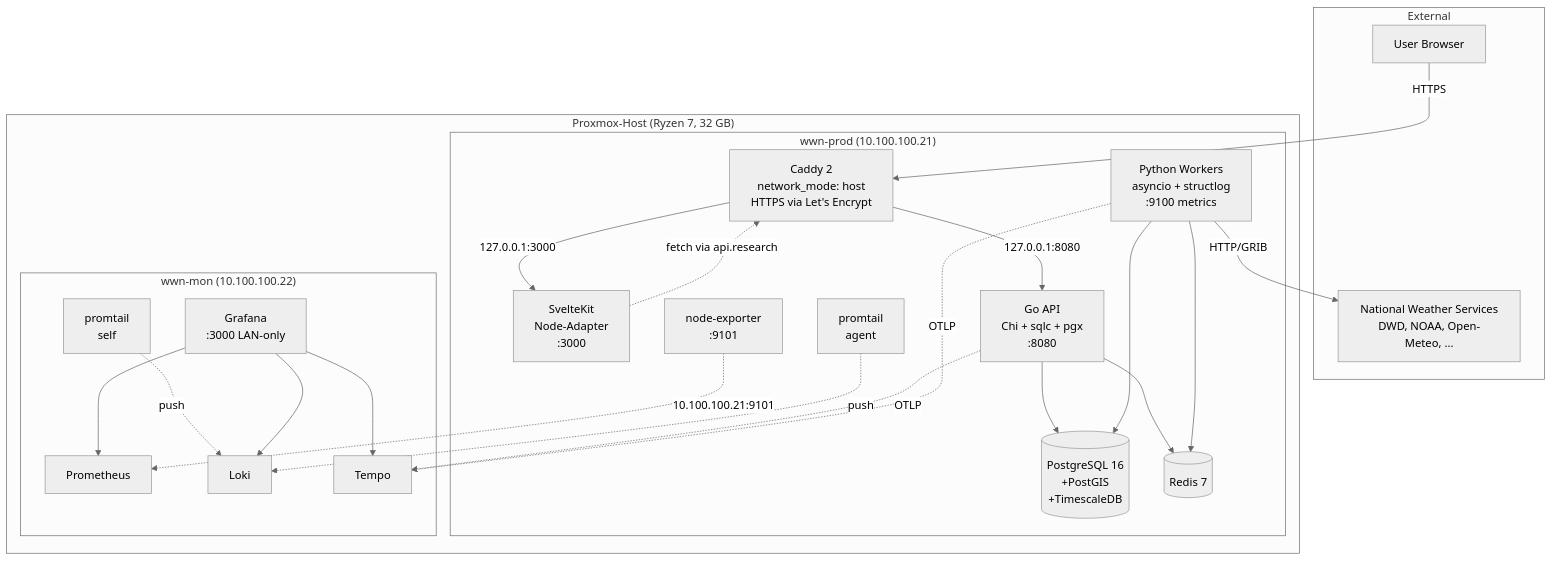
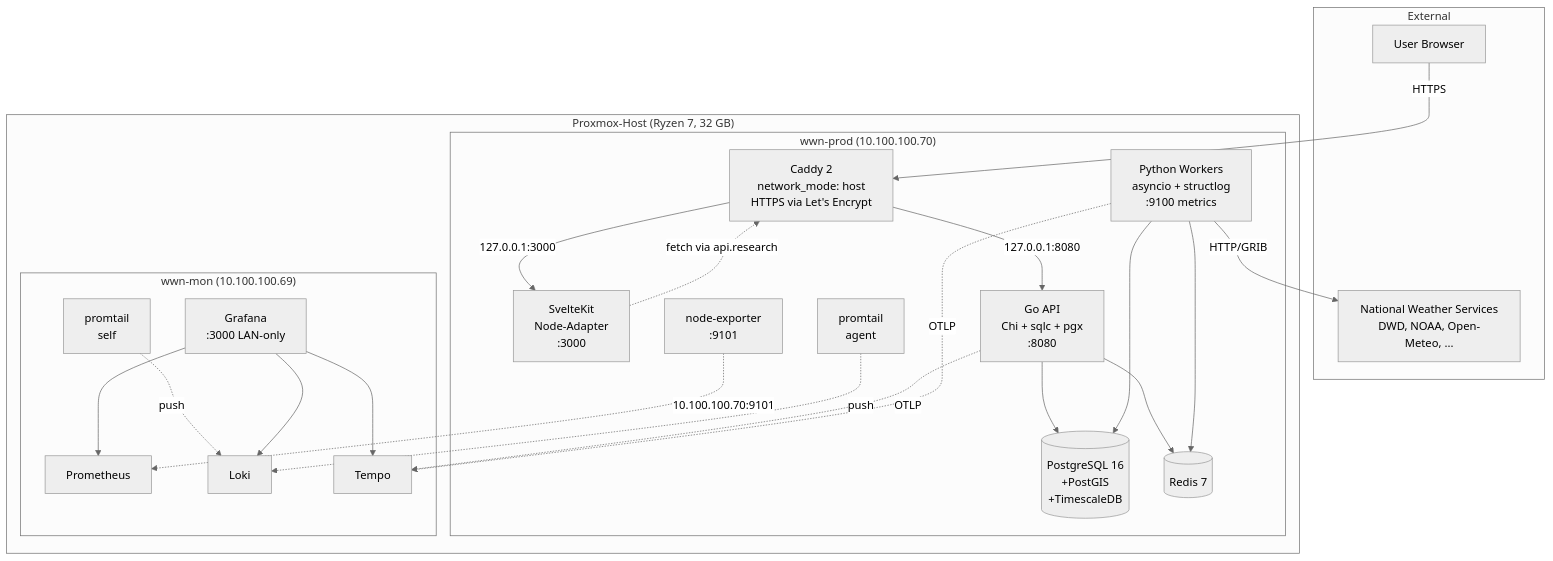
One commit to relations4u/worldweathernews changed the diagram in docs/architecture.md. Above: the diagram before and after it, drawn with Mermaid (neutral theme). The commit also changed other lines of this file and 17 other files, not shown here.

First line of the commit message:
fix(infra): wwn-prod auf .70 und wwn-mon auf .69 nachziehen (#108)

````diff
--- a/docs/architecture.md
+++ b/docs/architecture.md
@@ -10,46 +10,46 @@
 ```mermaid
 graph TB
     subgraph external["External"]
         User[User Browser]
         WeatherAPIs[National Weather Services<br/>DWD, NOAA, Open-Meteo, ...]
     end
 
     subgraph proxmox["Proxmox-Host (Ryzen 7, 32 GB)"]
-        subgraph wwnprod["wwn-prod (10.100.100.21)"]
+        subgraph wwnprod["wwn-prod (10.100.100.70)"]
             Caddy[Caddy 2<br/>network_mode: host<br/>HTTPS via Let's Encrypt]
             Frontend[SvelteKit<br/>Node-Adapter<br/>:3000]
             Backend[Go API<br/>Chi + sqlc + pgx<br/>:8080]
             Workers[Python Workers<br/>asyncio + structlog<br/>:9100 metrics]
             Postgres[(PostgreSQL 16<br/>+PostGIS<br/>+TimescaleDB)]
             Redis[(Redis 7)]
             NodeExp[node-exporter<br/>:9101]
             PromtailA[promtail<br/>agent]
         end
-        subgraph wwnmon["wwn-mon (10.100.100.22)"]
+        subgraph wwnmon["wwn-mon (10.100.100.69)"]
             Prometheus[Prometheus]
             Loki[Loki]
             Tempo[Tempo]
             Grafana[Grafana<br/>:3000 LAN-only]
             PromtailM[promtail<br/>self]
         end
     end
 
     User -->|HTTPS| Caddy
     Caddy -->|127.0.0.1:3000| Frontend
     Caddy -->|127.0.0.1:8080| Backend
     Frontend -.->|fetch via api.research| Caddy
     Backend --> Postgres
     Backend --> Redis
     Workers --> Postgres
     Workers --> Redis
     Workers -->|HTTP/GRIB| WeatherAPIs
 
-    NodeExp -.->|10.100.100.21:9101| Prometheus
+    NodeExp -.->|10.100.100.70:9101| Prometheus
     PromtailA -.->|push| Loki
     PromtailM -.->|push| Loki
     Backend -.->|OTLP| Tempo
     Workers -.->|OTLP| Tempo
     Grafana --> Prometheus
     Grafana --> Loki
     Grafana --> Tempo
 ```
````
